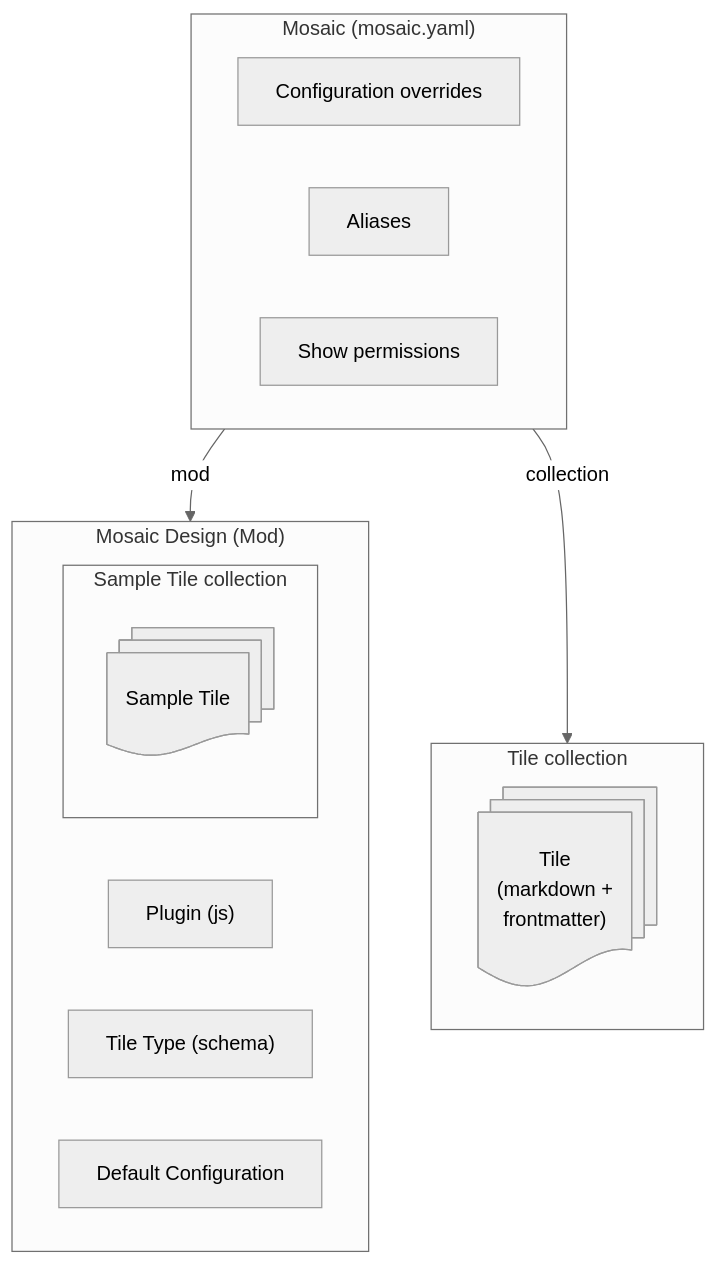
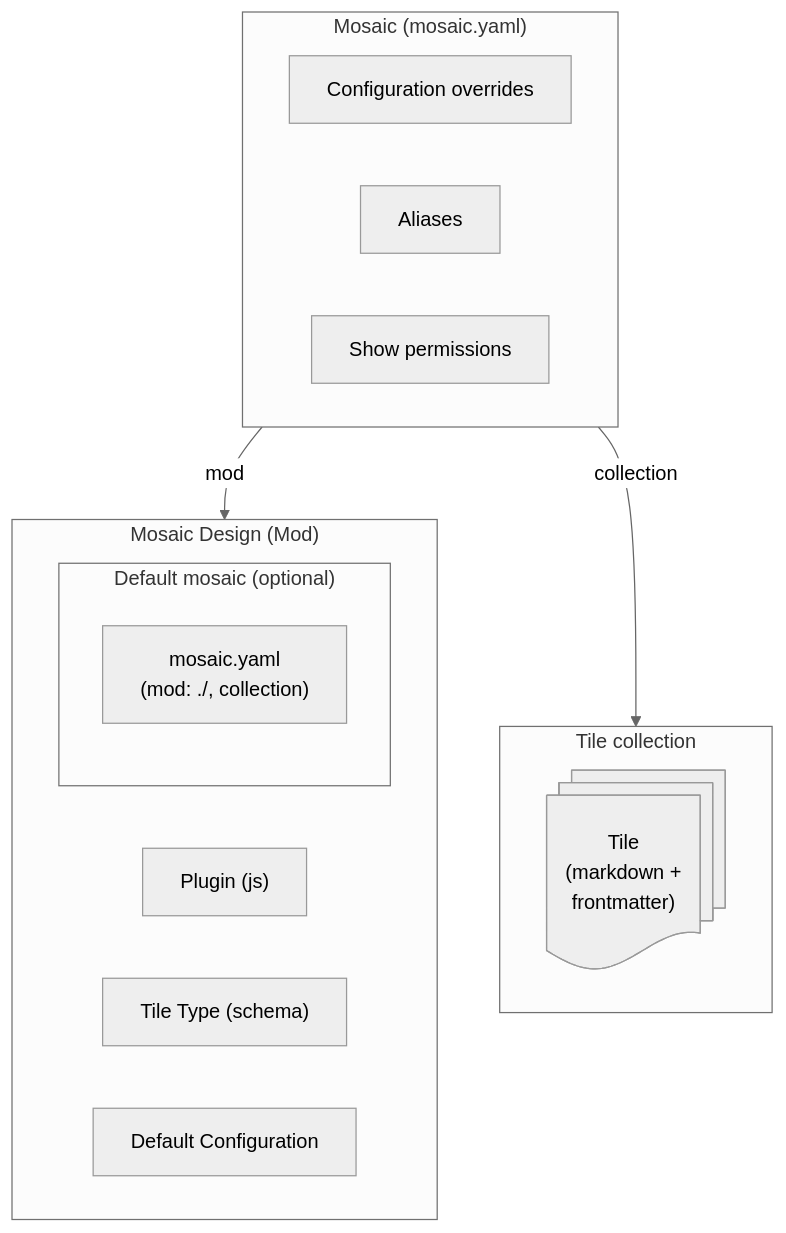
The first of 2 diagrams in docs/opentesela_spec.md (teselarium/teselarium), drawn with Mermaid (neutral theme) before and after one commit. The commit also changed other lines of this file and 139 other files, not shown here.

````diff
--- a/docs/opentesela_spec.md
+++ b/docs/opentesela_spec.md
@@ -17,21 +17,21 @@
 ```mermaid
 flowchart TD
     subgraph MosaicFile["Mosaic (mosaic.yaml)"]
       mosaic_conf["Configuration overrides"]
       aliases["Aliases"]
       mosaic_permissions["Show permissions"]
     end
     subgraph TileCollection["Tile collection"]
       Tiles@{ shape: docs, label: "Tile\n(markdown +\n frontmatter)" }
     end
     subgraph Mod["Mosaic Design (Mod)"]
       plugin["Plugin (js)"]
       schema["Tile Type (schema)"]
       mod_conf["Default Configuration"]
-      subgraph SampleTileCollection["Sample Tile collection"]
-        SampleTiles@{ shape: docs, label: "Sample Tile" }
+      subgraph DefaultMosaic["Default mosaic (optional)"]
+        DefaultMosaicFile["mosaic.yaml\n(mod: ./, collection)"]
       end
     end
     MosaicFile -- "mod" --> Mod
     MosaicFile -- "collection" --> TileCollection
 ```
````
